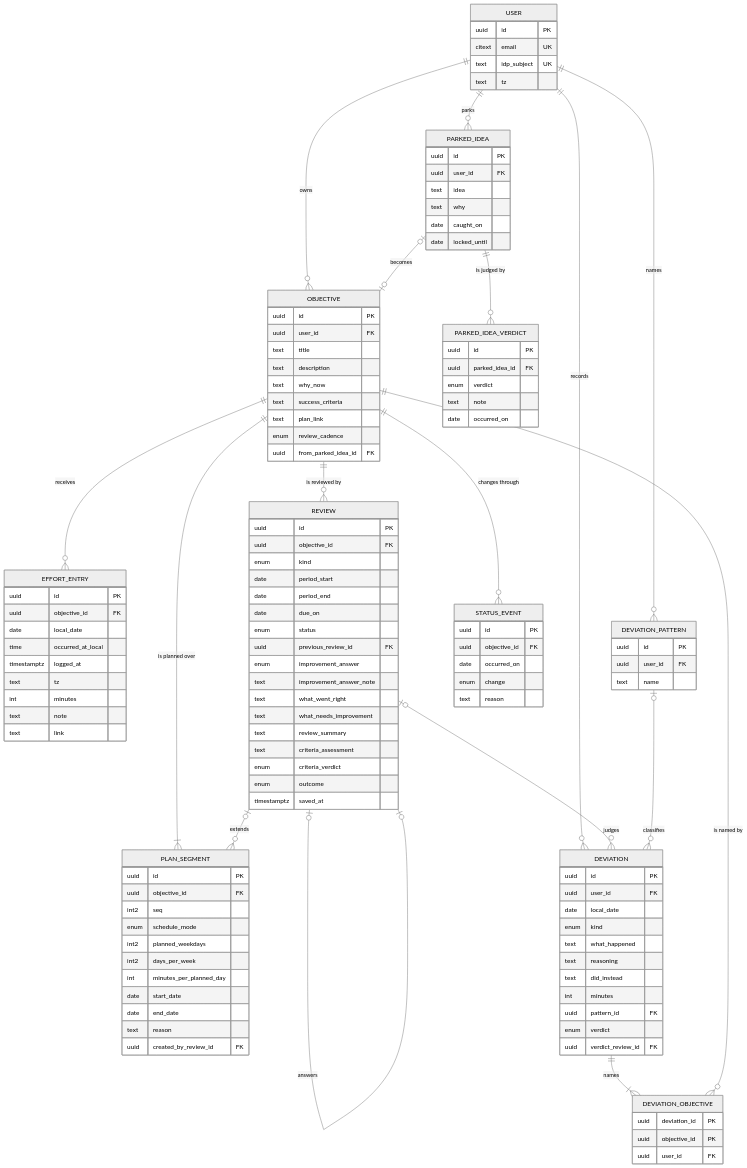
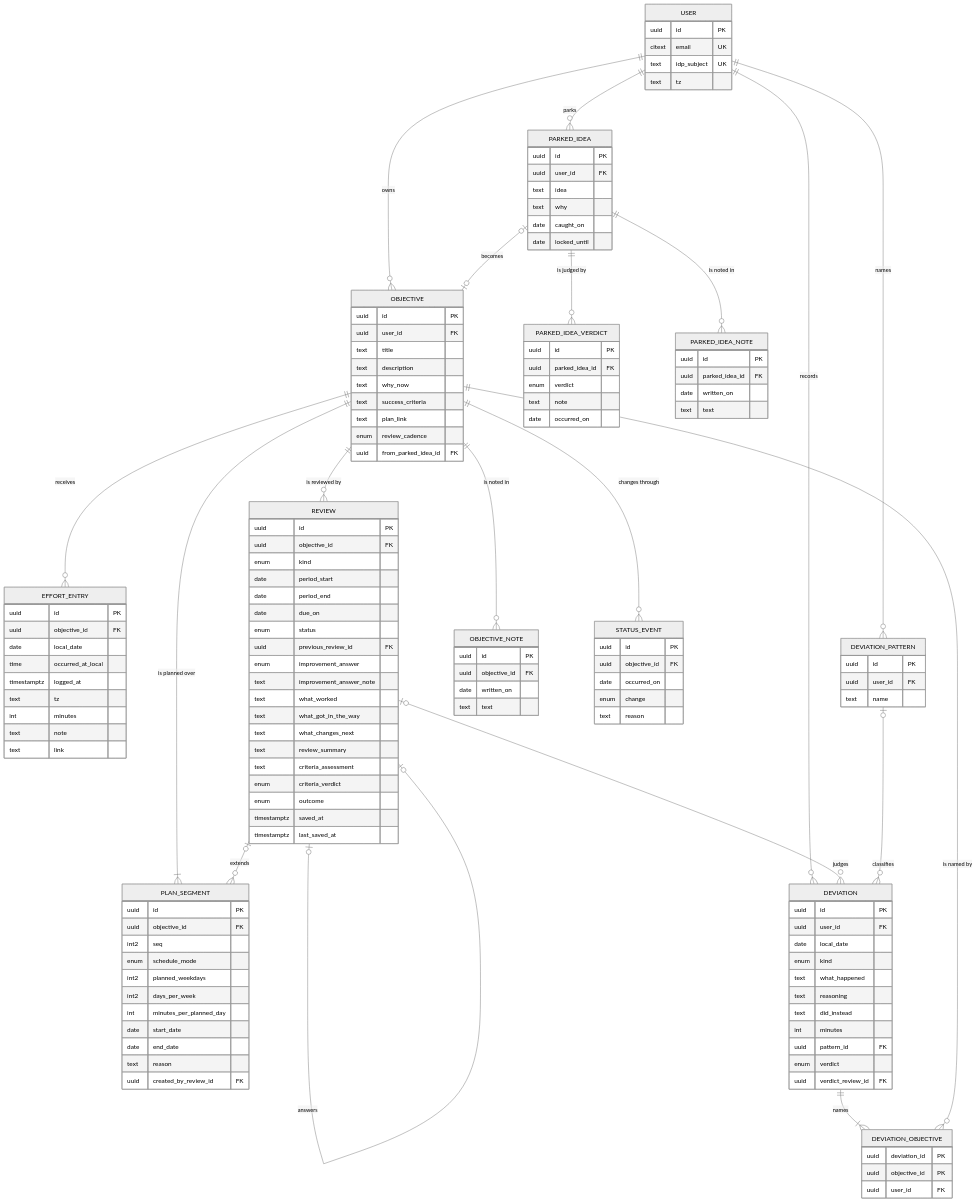
The second of 2 diagrams in docs/erd.md (rohit12242/keel), drawn with Mermaid (neutral theme) before and after one commit. The commit also changed other lines of this file and 100 other files, not shown here.

````diff
--- a/docs/erd.md
+++ b/docs/erd.md
@@ -142,13 +167,15 @@
         uuid previous_review_id FK
         enum improvement_answer
         text improvement_answer_note
-        text what_went_right
-        text what_needs_improvement
+        text what_worked
+        text what_got_in_the_way
+        text what_changes_next
         text review_summary
         text criteria_assessment
         enum criteria_verdict
         enum outcome
         timestamptz saved_at
+        timestamptz last_saved_at
     }
     DEVIATION {
         uuid id PK
@@ -188,6 +215,18 @@
         text note
         date occurred_on
     }
+    OBJECTIVE_NOTE {
+        uuid id PK
+        uuid objective_id FK
+        date written_on
+        text text
+    }
+    PARKED_IDEA_NOTE {
+        uuid id PK
+        uuid parked_idea_id FK
+        date written_on
+        text text
+    }
     STATUS_EVENT {
         uuid id PK
         uuid objective_id FK
@@ -205,10 +244,12 @@
     OBJECTIVE ||--o{ EFFORT_ENTRY : receives
     OBJECTIVE ||--o{ REVIEW : "is reviewed by"
     OBJECTIVE ||--o{ STATUS_EVENT : "changes through"
+    OBJECTIVE ||--o{ OBJECTIVE_NOTE : "is noted in"
     REVIEW |o--o{ PLAN_SEGMENT : extends
     REVIEW |o--o{ DEVIATION : judges
     REVIEW |o--o| REVIEW : answers
     DEVIATION_PATTERN |o--o{ DEVIATION : classifies
     PARKED_IDEA ||--o{ PARKED_IDEA_VERDICT : "is judged by"
+    PARKED_IDEA ||--o{ PARKED_IDEA_NOTE : "is noted in"
     PARKED_IDEA |o--o| OBJECTIVE : becomes
 ```
````
